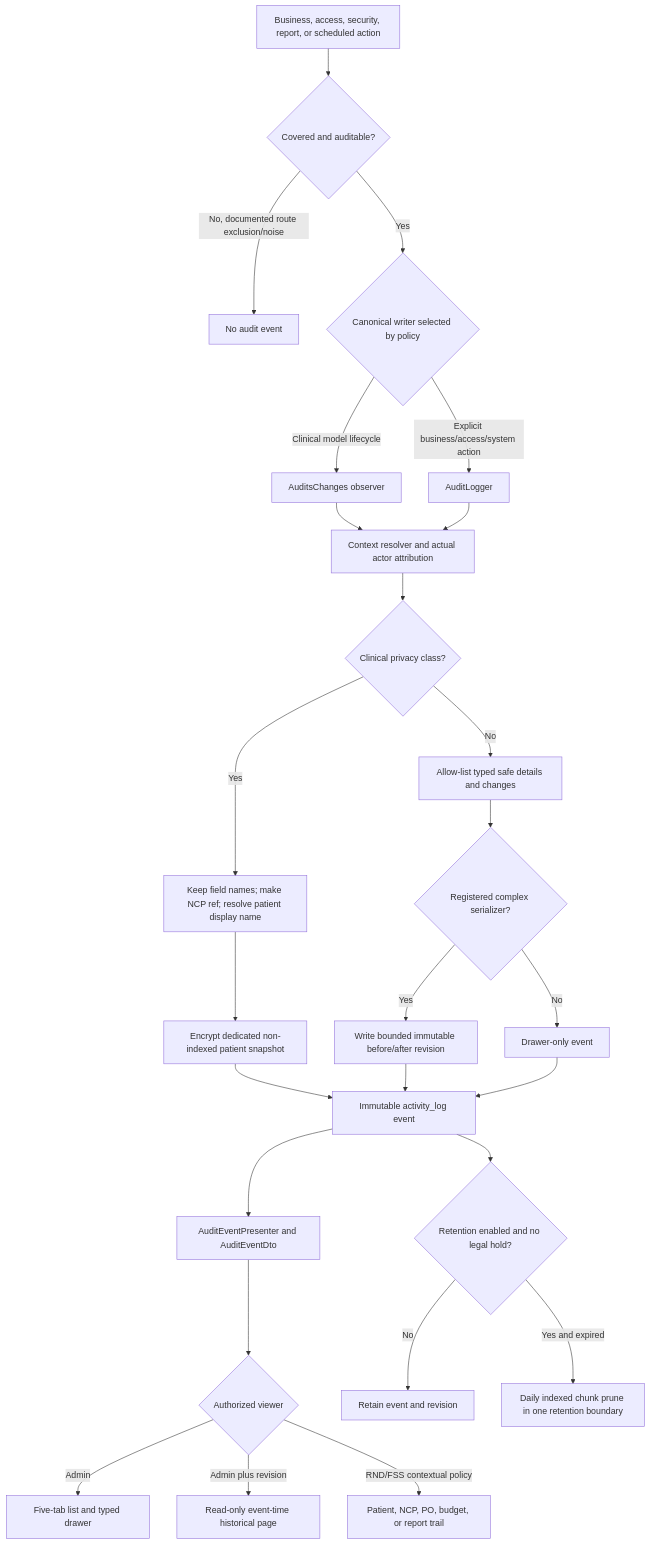
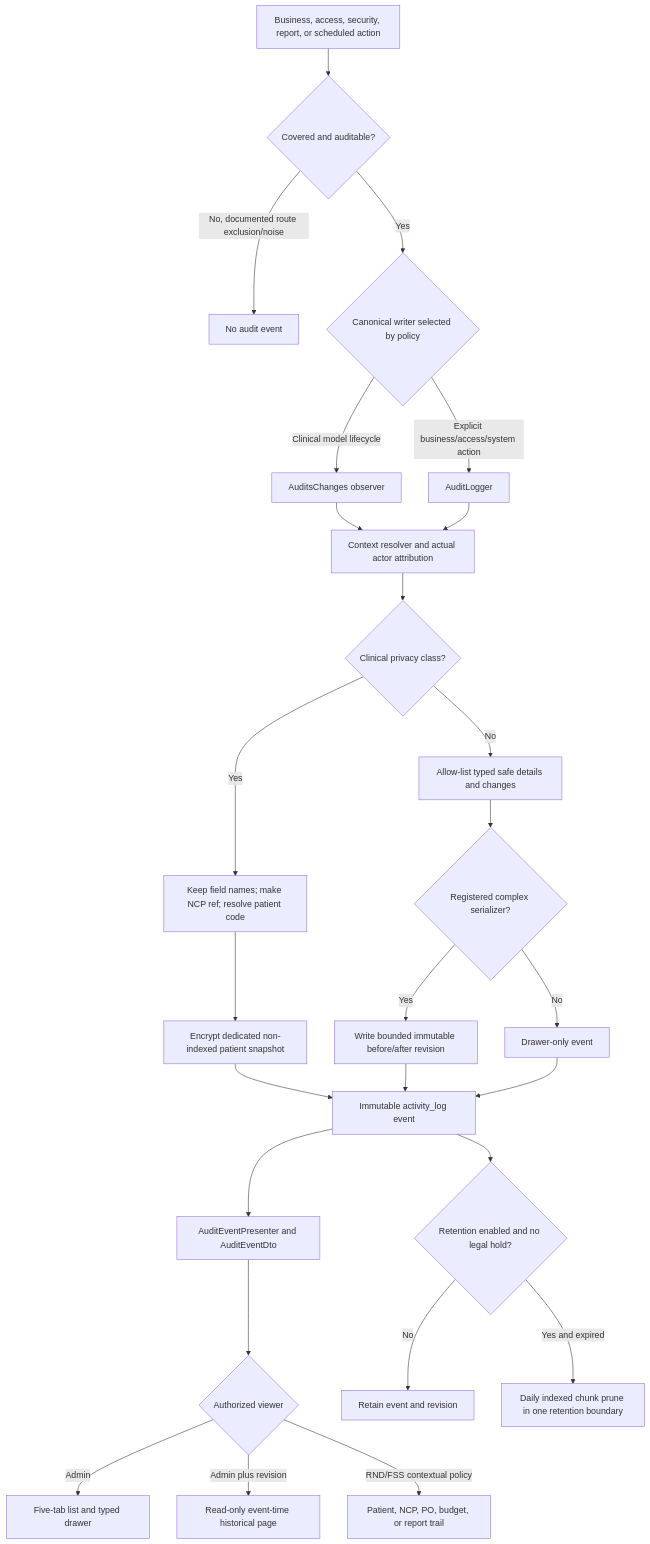
The diagram in docs/audit-logs-and-trails-implementation-report.md (ja2gc/Nutriscope), drawn with Mermaid before and after one commit. The commit also changed other lines of this file and 64 other files, not shown here.

````diff
--- a/docs/audit-logs-and-trails-implementation-report.md
+++ b/docs/audit-logs-and-trails-implementation-report.md
@@ -93,28 +93,28 @@
 ```mermaid
 flowchart TD
     A["Business, access, security, report, or scheduled action"] --> B{"Covered and auditable?"}
     B -->|"No, documented route exclusion/noise"| Z["No audit event"]
     B -->|"Yes"| C{"Canonical writer selected by policy"}
     C -->|"Clinical model lifecycle"| D["AuditsChanges observer"]
     C -->|"Explicit business/access/system action"| E["AuditLogger"]
     D --> F["Context resolver and actual actor attribution"]
     E --> F
     F --> G{"Clinical privacy class?"}
-    G -->|"Yes"| H["Keep field names; make NCP ref; resolve patient display name"]
+    G -->|"Yes"| H["Keep field names; make NCP ref; resolve patient code"]
     H --> I["Encrypt dedicated non-indexed patient snapshot"]
     G -->|"No"| J["Allow-list typed safe details and changes"]
     J --> K{"Registered complex serializer?"}
     K -->|"Yes"| L["Write bounded immutable before/after revision"]
     K -->|"No"| M["Drawer-only event"]
     I --> N["Immutable activity_log event"]
     L --> N
     M --> N
     N --> O["AuditEventPresenter and AuditEventDto"]
     O --> P{"Authorized viewer"}
     P -->|"Admin"| Q["Five-tab list and typed drawer"]
     P -->|"Admin plus revision"| R["Read-only event-time historical page"]
     P -->|"RND/FSS contextual policy"| S["Patient, NCP, PO, budget, or report trail"]
     N --> T{"Retention enabled and no legal hold?"}
     T -->|"No"| U["Retain event and revision"]
     T -->|"Yes and expired"| V["Daily indexed chunk prune in one retention boundary"]
 ```
````
